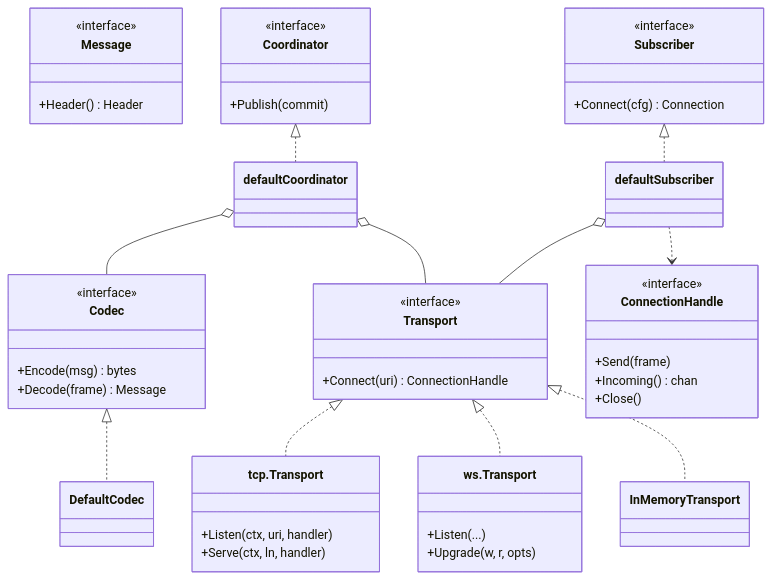
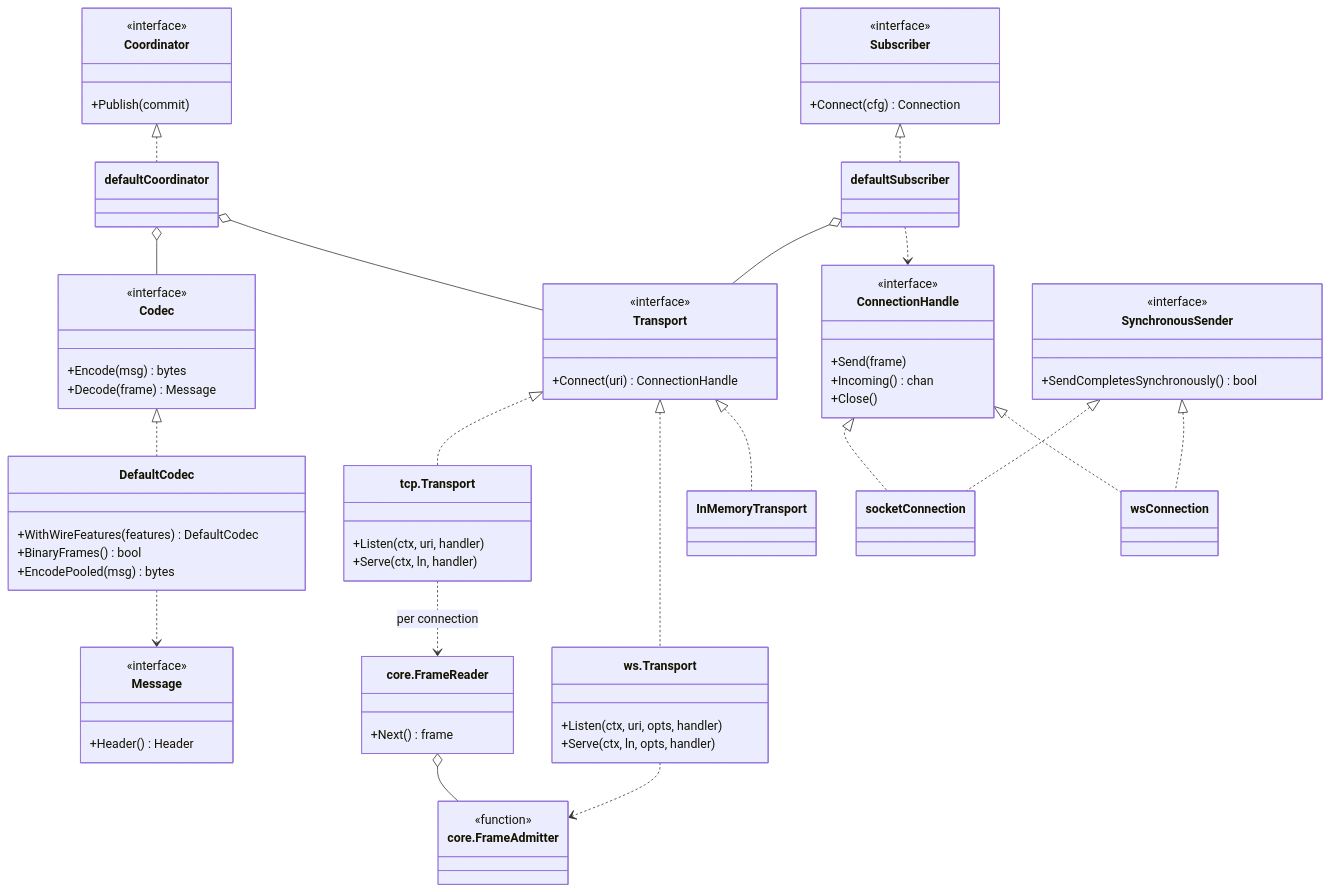
Before and after one commit to dbeasty/kdb: the tenth of 13 diagrams in docs/kdb-class-design.md, drawn with Mermaid. The commit also changed other lines of this file and 36 other files, not shown here.

First line of the commit message:
docs: refresh class design and flows against main of 2026-10-23

````diff
--- a/docs/kdb-class-design.md
+++ b/docs/kdb-class-design.md
@@ -1300,48 +1931,71 @@
 ```mermaid
 classDiagram
   class Codec {
     <<interface>>
     +Encode(msg) bytes
     +Decode(frame) Message
+  }
+  class DefaultCodec {
+    +WithWireFeatures(features) DefaultCodec
+    +BinaryFrames() bool
+    +EncodePooled(msg) bytes
   }
   class Message {
     <<interface>>
     +Header() Header
   }
   class Transport {
     <<interface>>
     +Connect(uri) ConnectionHandle
   }
   class ConnectionHandle {
     <<interface>>
     +Send(frame)
     +Incoming() chan
     +Close()
   }
+  class SynchronousSender {
+    <<interface>>
+    +SendCompletesSynchronously() bool
+  }
+  class FrameReader["core.FrameReader"] {
+    +Next() frame
+  }
+  class FrameAdmitter["core.FrameAdmitter"] {
+    <<function>>
+  }
   class TcpTransport["tcp.Transport"] {
     +Listen(ctx, uri, handler)
     +Serve(ctx, ln, handler)
   }
   class WsTransport["ws.Transport"] {
-    +Listen(...)
-    +Upgrade(w, r, opts)
+    +Listen(ctx, uri, opts, handler)
+    +Serve(ctx, ln, opts, handler)
   }
   class Coordinator {
     <<interface>>
     +Publish(commit)
   }
   class Subscriber {
     <<interface>>
     +Connect(cfg) Connection
   }
   Codec <|.. DefaultCodec
+  DefaultCodec ..> Message
   Transport <|.. TcpTransport
   Transport <|.. WsTransport
   Transport <|.. InMemoryTransport
+  TcpTransport ..> FrameReader : per connection
+  FrameReader o-- FrameAdmitter
+  WsTransport ..> FrameAdmitter
+  ConnectionHandle <|.. socketConnection
+  ConnectionHandle <|.. wsConnection
+  SynchronousSender <|.. socketConnection
+  SynchronousSender <|.. wsConnection
   Coordinator <|.. defaultCoordinator
   Subscriber <|.. defaultSubscriber
   defaultCoordinator o-- Codec
   defaultCoordinator o-- Transport
   defaultSubscriber o-- Transport
   defaultSubscriber ..> ConnectionHandle
 ```
````
